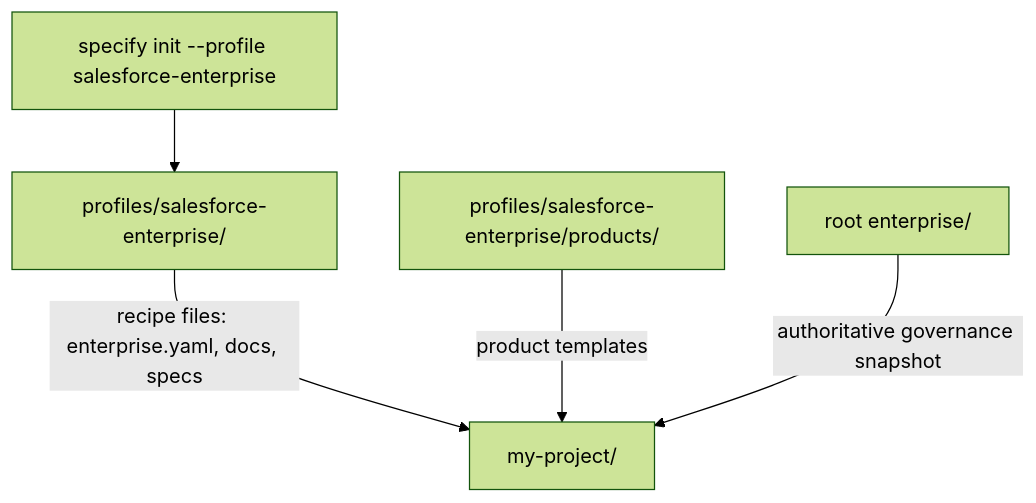
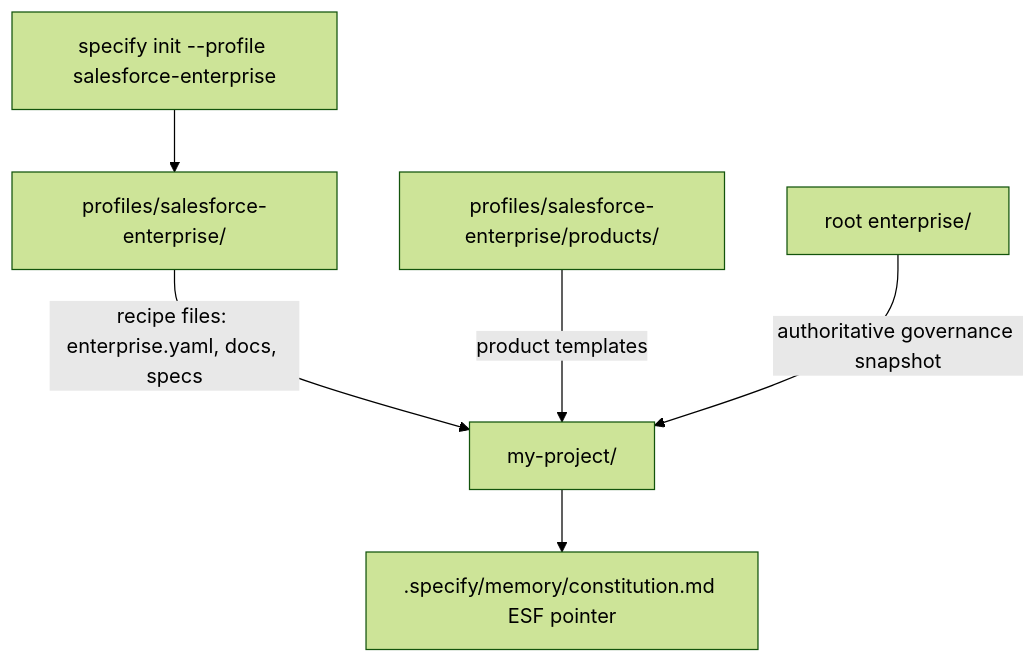
One commit to salesforceseeker41-sys/spec-kit changed the diagram in docs/project-bootstrap.md. Above: the diagram before and after it, drawn with Mermaid (forest theme). The commit also changed other lines of this file and 5 other files, not shown here.

````diff
--- a/docs/project-bootstrap.md
+++ b/docs/project-bootstrap.md
@@ -33,13 +36,14 @@
 ```mermaid
 flowchart TD
     CLI[specify init --profile salesforce-enterprise]
     Profile[profiles/salesforce-enterprise/]
     Enterprise[root enterprise/]
     Product[profiles/salesforce-enterprise/products/]
     Project[my-project/]
 
     CLI --> Profile
     Profile -->|recipe files: enterprise.yaml, docs, specs| Project
     Product -->|product templates| Project
     Enterprise -->|authoritative governance snapshot| Project
+    Project --> Memory[.specify/memory/constitution.md ESF pointer]
 ```
````
